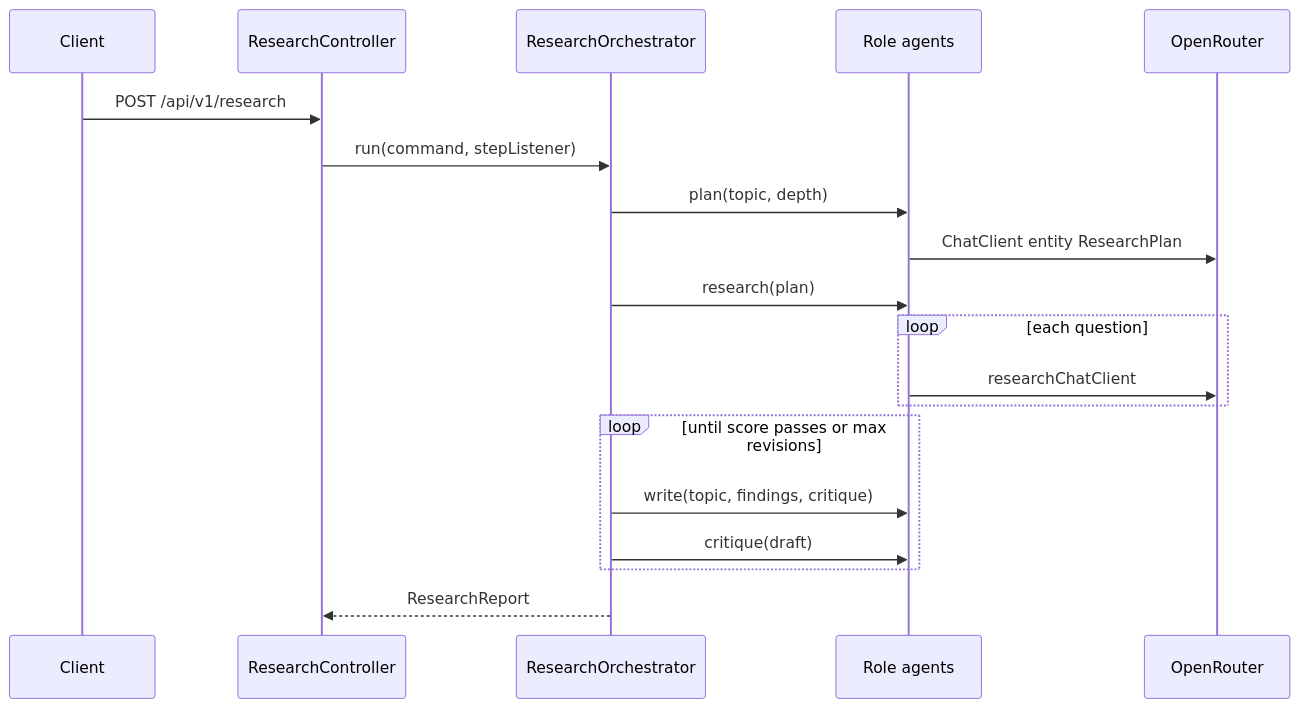
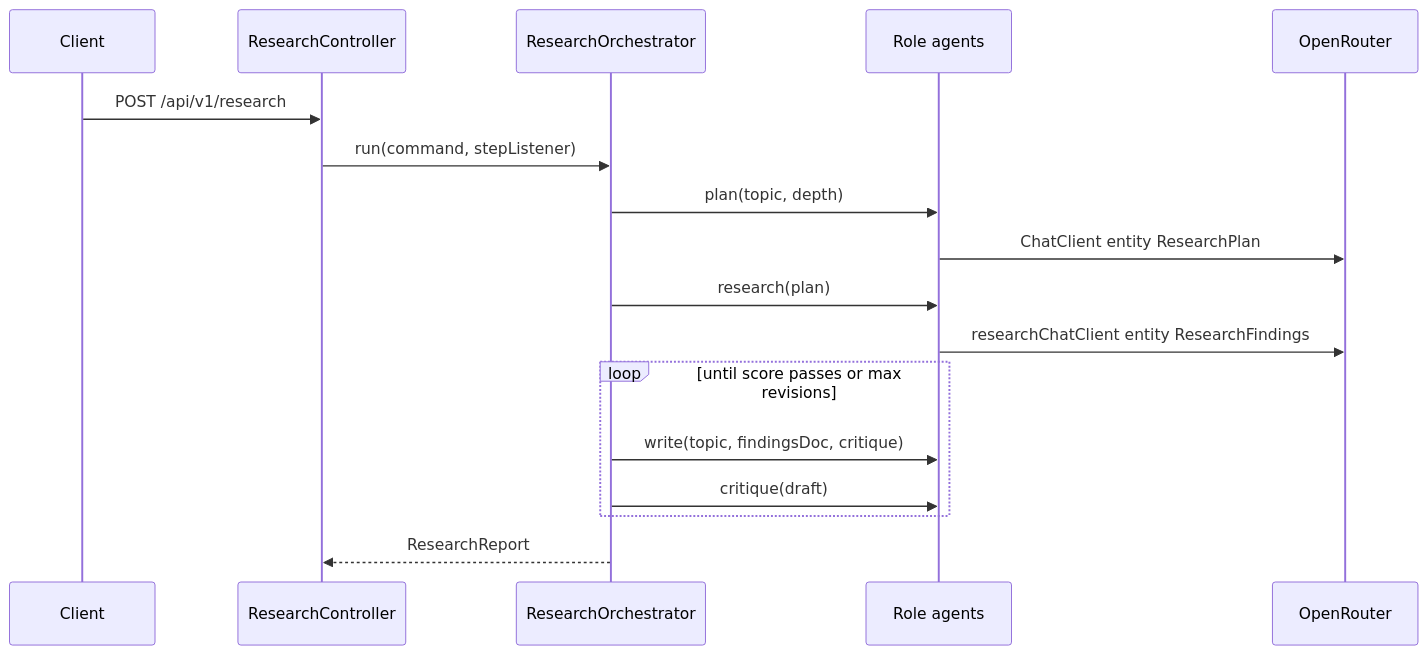
Before and after one commit to josalero/learning-with-me: the diagram in spring-langchain4j/spring-ai-app/docs/architecture.md, drawn with Mermaid. The commit also changed other lines of this file and 6 other files, not shown here.

First line of the commit message:
docs: sync architecture with ResearchFindings and max tokens

````diff
--- a/spring-langchain4j/spring-ai-app/docs/architecture.md
+++ b/spring-langchain4j/spring-ai-app/docs/architecture.md
@@ -51,22 +51,20 @@
 ```mermaid
 sequenceDiagram
   participant Client
   participant Controller as ResearchController
   participant Orch as ResearchOrchestrator
   participant Agents as Role agents
   participant OR as OpenRouter
 
   Client->>Controller: POST /api/v1/research
   Controller->>Orch: run(command, stepListener)
   Orch->>Agents: plan(topic, depth)
   Agents->>OR: ChatClient entity ResearchPlan
   Orch->>Agents: research(plan)
-  loop each question
-    Agents->>OR: researchChatClient
-  end
+  Agents->>OR: researchChatClient entity ResearchFindings
   loop until score passes or max revisions
-    Orch->>Agents: write(topic, findings, critique)
+    Orch->>Agents: write(topic, findingsDoc, critique)
     Orch->>Agents: critique(draft)
   end
   Orch-->>Controller: ResearchReport
 ```
````
